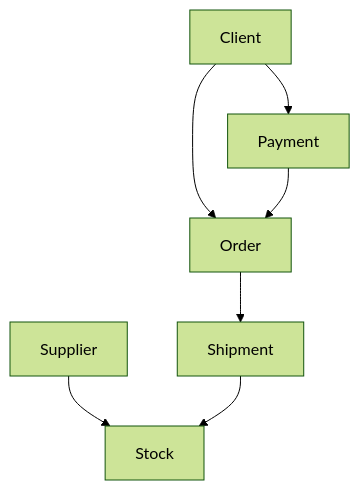
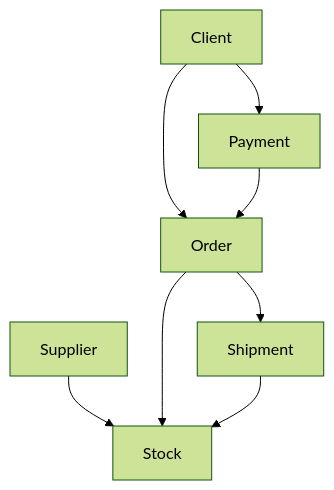
Before and after one commit to malazbw/Shopping_Online-using_GO: the first of 2 diagrams in docs/Architektur.md, drawn with Mermaid (forest theme).

````diff
--- a/docs/Architektur.md
+++ b/docs/Architektur.md
@@ -4,9 +4,10 @@
 ```mermaid
 graph TD;
   Client-->Order;
   Client-->Payment;
   Supplier-->Stock;
   Payment-->Order;
   Order-->Shipment;
+  Order-->Stock;
   Shipment-->Stock;
 ```
````
